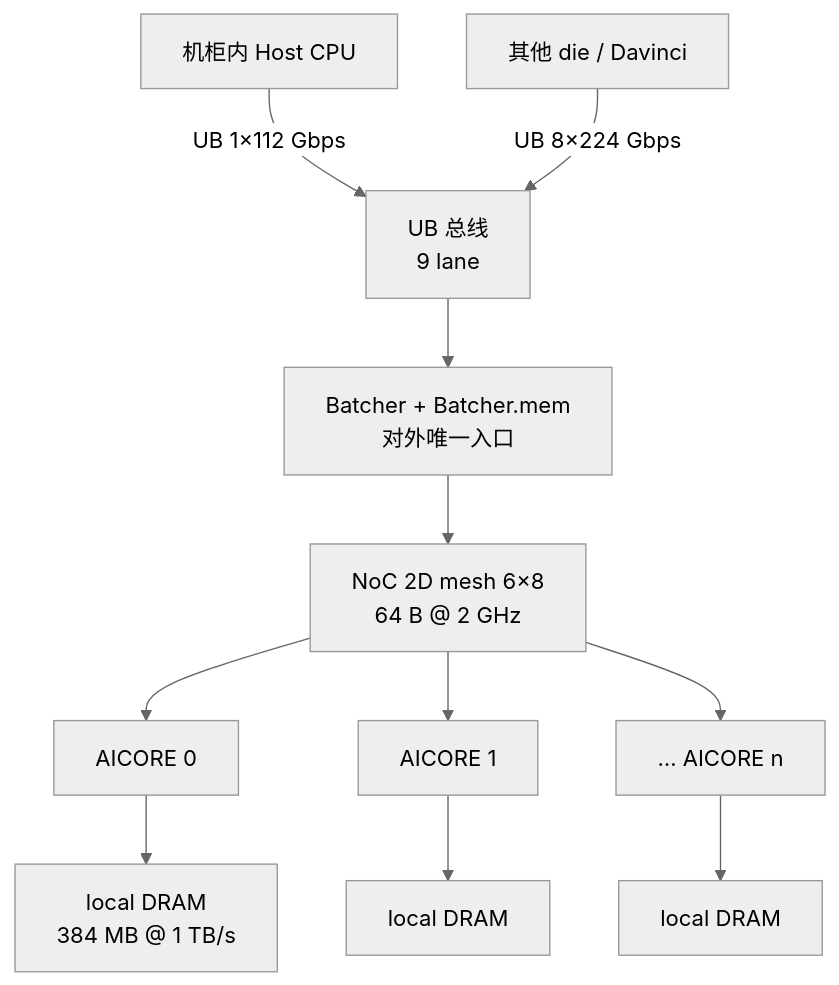
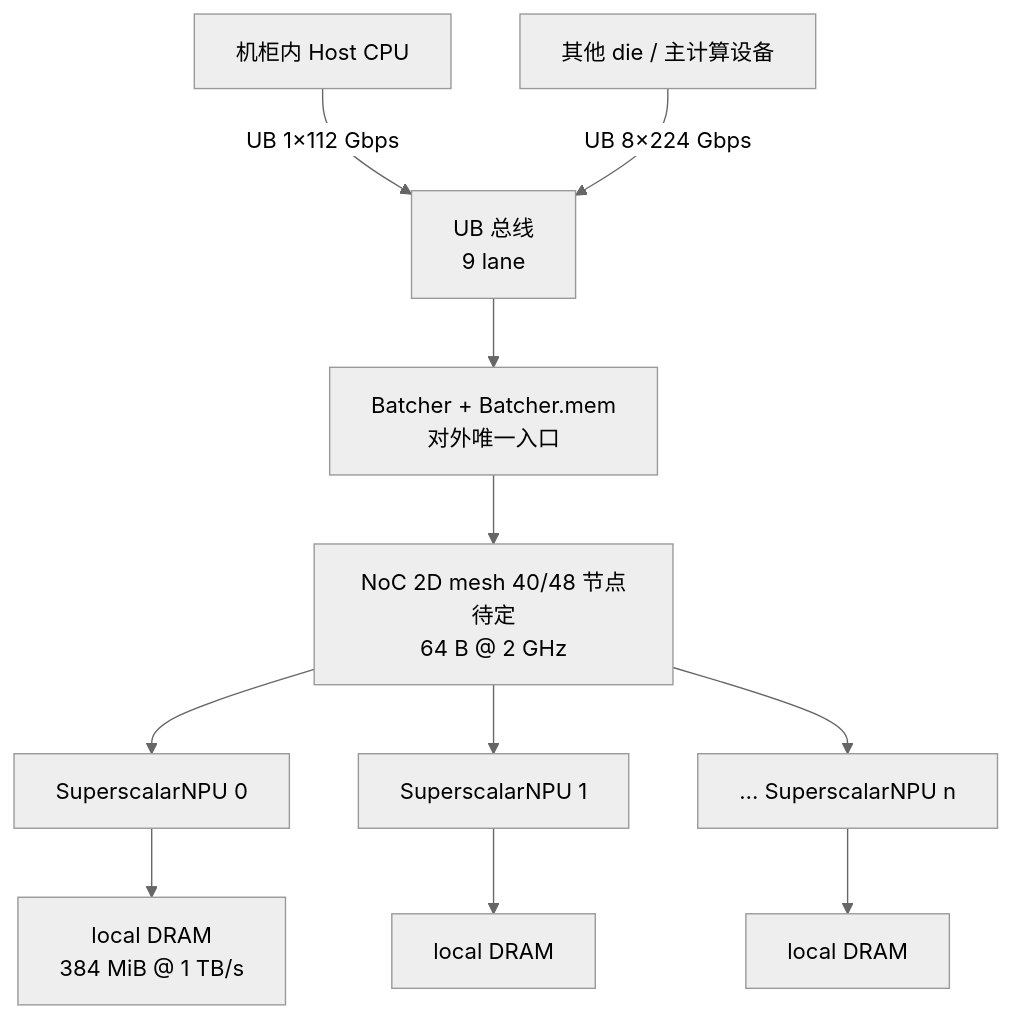
Before and after one commit to PTO-ISA/wse-model: the second of 12 diagrams in docs/design/wse-system-architecture-whitepaper.md, drawn with Mermaid (neutral theme). The commit also changed other lines of this file and 9 other files, not shown here.

Commit message:
docs: migrate WSE whitepaper to SuperscalarNPU router interfaces

````diff
--- a/docs/design/wse-system-architecture-whitepaper.md
+++ b/docs/design/wse-system-architecture-whitepaper.md
@@ -95,13 +82,13 @@
 ```mermaid
 flowchart TD
   HOST[机柜内 Host CPU] -->|UB 1×112 Gbps| UBN[UB 总线<br/>9 lane]
-  PEER[其他 die / Davinci] -->|UB 8×224 Gbps| UBN
+  PEER[其他 die / 主计算设备] -->|UB 8×224 Gbps| UBN
   UBN --> BAT[Batcher + Batcher.mem<br/>对外唯一入口]
-  BAT --> NOC[NoC 2D mesh 6×8<br/>64 B @ 2 GHz]
-  NOC --> C0[AICORE 0]
-  NOC --> C1[AICORE 1]
-  NOC --> CN[… AICORE n]
-  C0 --> M0[local DRAM<br/>384 MB @ 1 TB/s]
+  BAT --> NOC[NoC 2D mesh 40/48 节点待定<br/>64 B @ 2 GHz]
+  NOC --> C0[SuperscalarNPU 0]
+  NOC --> C1[SuperscalarNPU 1]
+  NOC --> CN[… SuperscalarNPU n]
+  C0 --> M0[local DRAM<br/>384 MiB @ 1 TB/s]
   C1 --> M1[local DRAM]
   CN --> MN[local DRAM]
 ```
````
